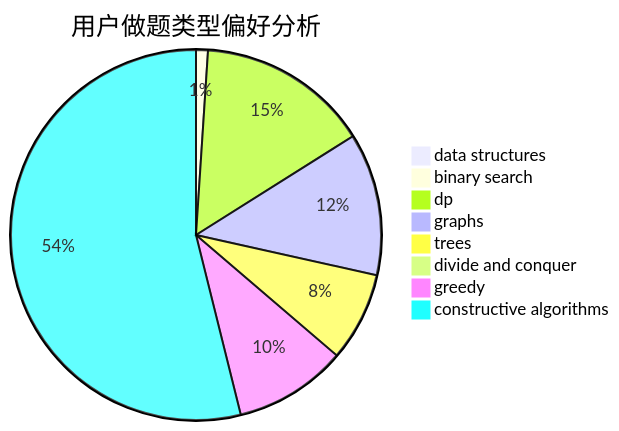
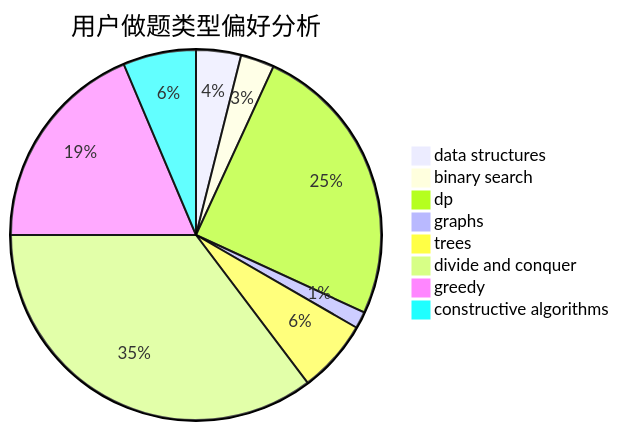
Before and after one commit to sherpahu/cfrs.github.io: the second of 3 diagrams in docs/user/u1078.md, drawn with Mermaid. The commit also changed other lines of this file and 2770 other files, not shown here.

````diff
--- a/docs/user/u1078.md
+++ b/docs/user/u1078.md
@@ -23,11 +23,11 @@
 ```mermaid
 pie title 用户做题类型偏好分析
-    "data structures" :  1
-    "binary search" :  2
-    "dp" :  29
-    "graphs" :  24
-    "trees" :  15
-    "divide and conquer" :  0
-    "greedy" :  19
-    "constructive algorithms" :  104
+    "data structures" :  8
+    "binary search" :  6
+    "dp" :  51
+    "graphs" :  3
+    "trees" :  13
+    "divide and conquer" :  72
+    "greedy" :  38
+    "constructive algorithms" :  13
 ```
````
